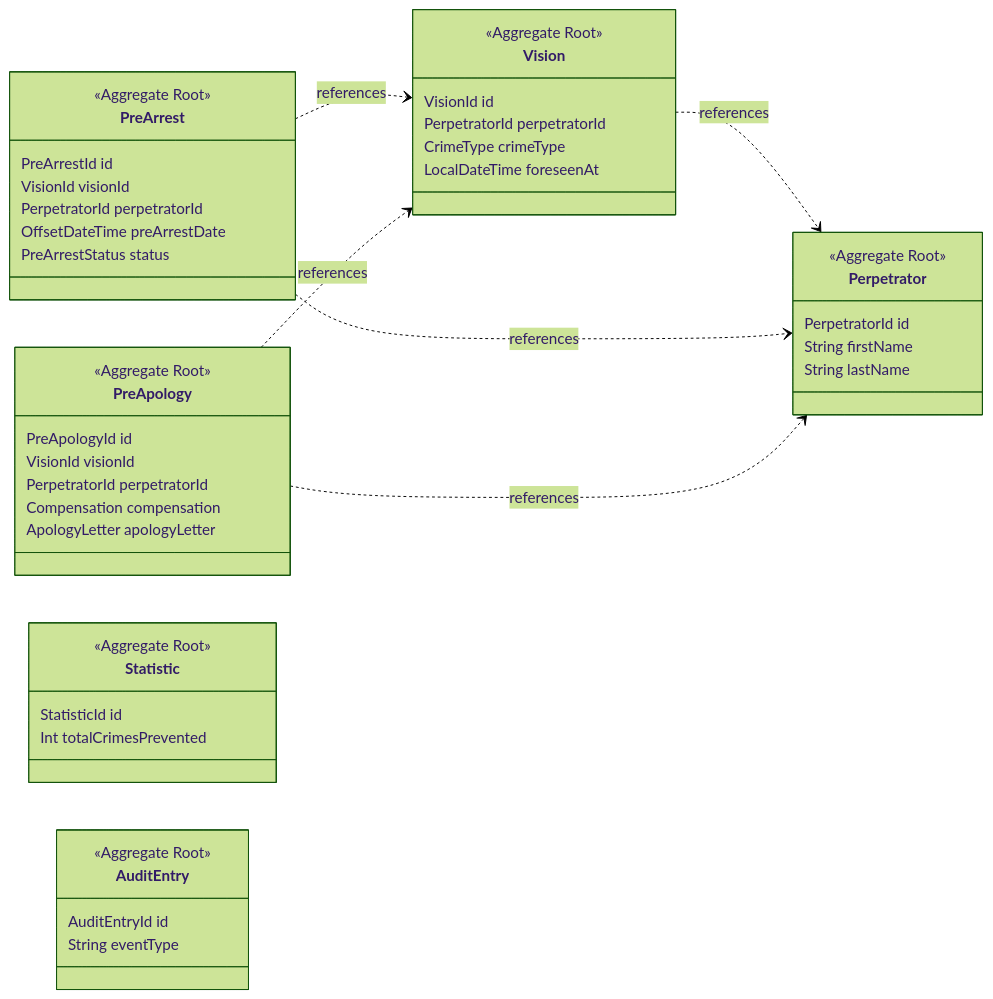
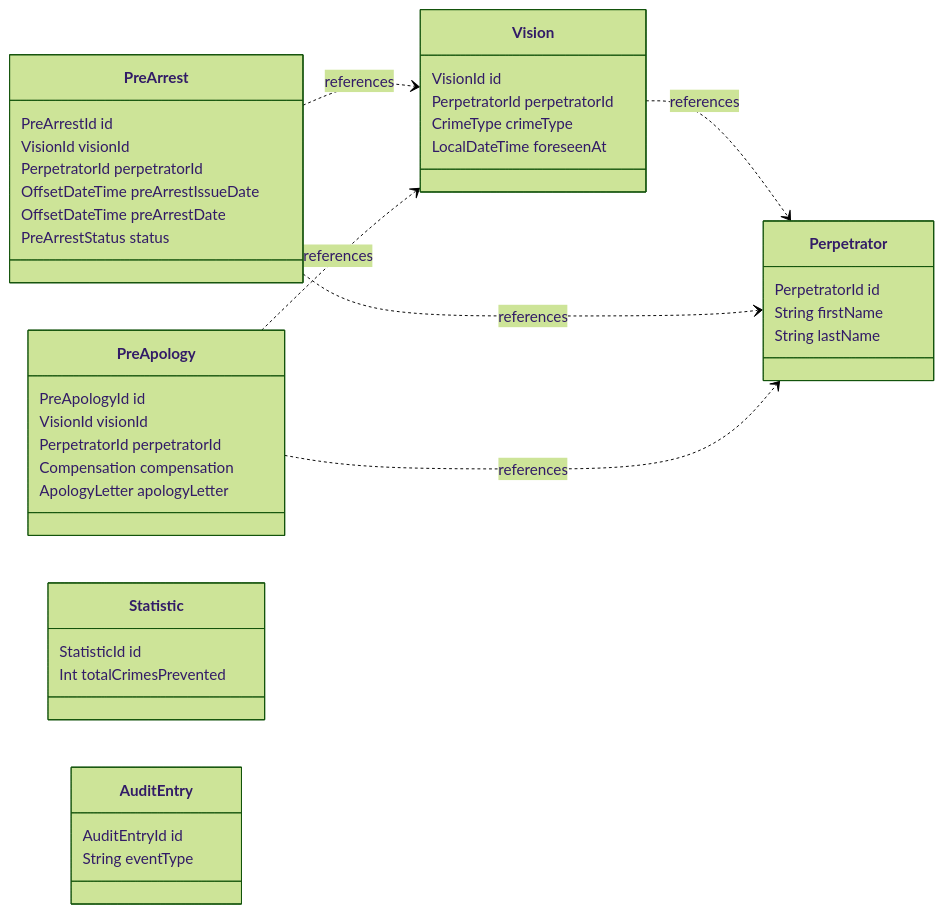
Before and after one commit to raphael74/pre-crime-app: the first of 2 diagrams in README.md, drawn with Mermaid (forest theme). The commit also changed other lines of this file and 2 other files, not shown here.

Commit message:
small improvements

````diff
--- a/README.md
+++ b/README.md
@@ -33,49 +35,44 @@
 ```mermaid
 classDiagram
     direction LR
     class Vision {
-        <<Aggregate Root>>
         VisionId id
         PerpetratorId perpetratorId
         CrimeType crimeType
         LocalDateTime foreseenAt
     }
     class PreArrest {
-        <<Aggregate Root>>
         PreArrestId id
         VisionId visionId
         PerpetratorId perpetratorId
+      OffsetDateTime preArrestIssueDate
         OffsetDateTime preArrestDate
         PreArrestStatus status
     }
     class PreApology {
-        <<Aggregate Root>>
         PreApologyId id
         VisionId visionId
         PerpetratorId perpetratorId
         Compensation compensation
         ApologyLetter apologyLetter
     }
     class Perpetrator {
-        <<Aggregate Root>>
         PerpetratorId id
         String firstName
         String lastName
     }
     class Statistic {
-        <<Aggregate Root>>
         StatisticId id
         Int totalCrimesPrevented
     }
     class AuditEntry {
-        <<Aggregate Root>>
         AuditEntryId id
         String eventType
     }
 
-    Vision ..> Perpetrator : references
-    PreArrest ..> Vision : references
-    PreArrest ..> Perpetrator : references
-    PreApology ..> Vision : references
-    PreApology ..> Perpetrator : references
+  Vision ..> Perpetrator: references
+  PreArrest ..> Vision: references
+  PreArrest ..> Perpetrator: references
+  PreApology ..> Vision: references
+  PreApology ..> Perpetrator: references
 ```
````
